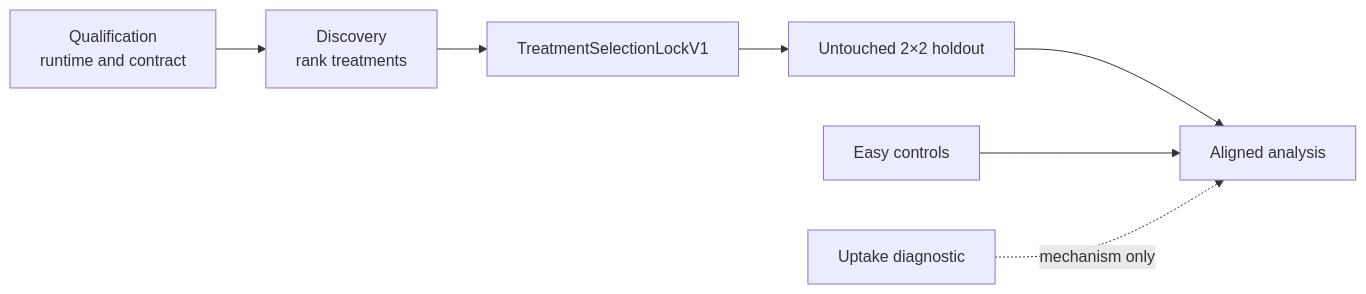
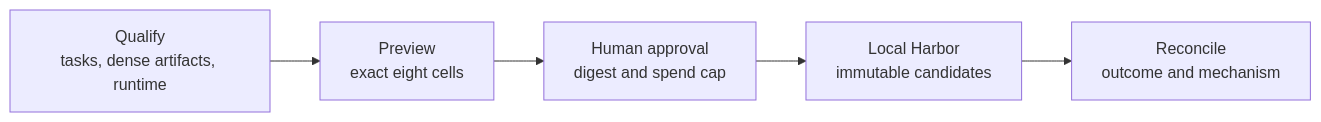
One commit to ash0ts/fugue changed the third of 3 diagrams in docs/articles/fugue-agentic-software-factory/fugue-2b-memory-is-not-context/article.md. Above: the diagram before and after it, drawn with Mermaid. The commit also changed other lines of this file and 104 other files, not shown here.

````diff
--- a/docs/articles/fugue-agentic-software-factory/fugue-2b-memory-is-not-context/article.md
+++ b/docs/articles/fugue-agentic-software-factory/fugue-2b-memory-is-not-context/article.md
@@ -248,9 +258,7 @@
 ```mermaid
 flowchart LR
-    Q["Qualification<br/>runtime and contract"] --> D["Discovery<br/>rank treatments"]
-    D --> L["TreatmentSelectionLockV1"]
-    L --> H["Untouched 2×2 holdout"]
-    H --> R["Aligned analysis"]
-    E["Easy controls"] --> R
-    U["Uptake diagnostic"] -. "mechanism only" .-> R
+    Q["Qualify<br/>tasks, dense artifacts, runtime"] --> P["Preview<br/>exact eight cells"]
+    P --> A["Human approval<br/>digest and spend cap"]
+    A --> H["Local Harbor<br/>immutable candidates"]
+    H --> R["Reconcile<br/>outcome and mechanism"]
 ```
````
